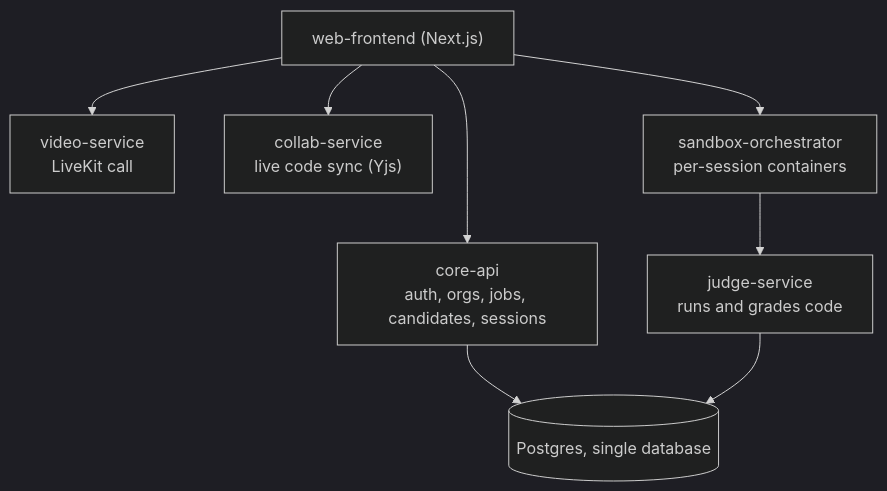
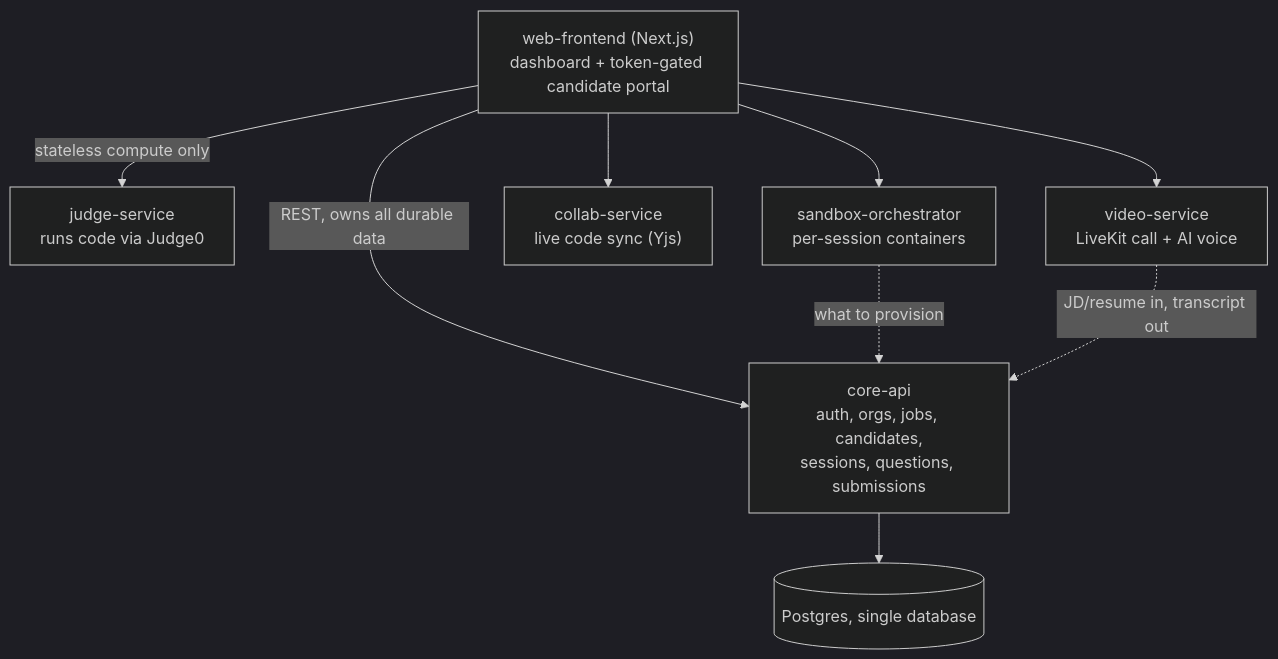
One commit to Umer-2612/platform changed the second of 3 diagrams in README.md. Above: the diagram before and after it, drawn with Mermaid (dark theme). The commit also changed other lines of this file and 2 other files, not shown here.

First line of the commit message:
docs: document the single-DB-owner architecture, wire up judge-service

````diff
--- a/README.md
+++ b/README.md
@@ -49,14 +49,15 @@
 ```mermaid
 flowchart TB
-    FE["web-frontend (Next.js)"]
+    FE["web-frontend (Next.js)\ndashboard + token-gated candidate portal"]
 
-    FE --> Core["core-api\nauth, orgs, jobs, candidates, sessions"]
-    FE --> Video["video-service\nLiveKit call"]
+    FE -->|"REST, owns all durable data"| Core["core-api\nauth, orgs, jobs, candidates,\nsessions, questions, submissions"]
+    FE -->|"stateless compute only"| Judge["judge-service\nruns code via Judge0"]
+    FE --> Video["video-service\nLiveKit call + AI voice"]
     FE --> Collab["collab-service\nlive code sync (Yjs)"]
     FE --> Sandbox["sandbox-orchestrator\nper-session containers"]
 
-    Sandbox --> Judge["judge-service\nruns and grades code"]
+    Sandbox -.->|"what to provision"| Core
+    Video -.->|"JD/resume in, transcript out"| Core
 
     Core --> DB[("Postgres, single database")]
-    Judge --> DB
 ```
````
